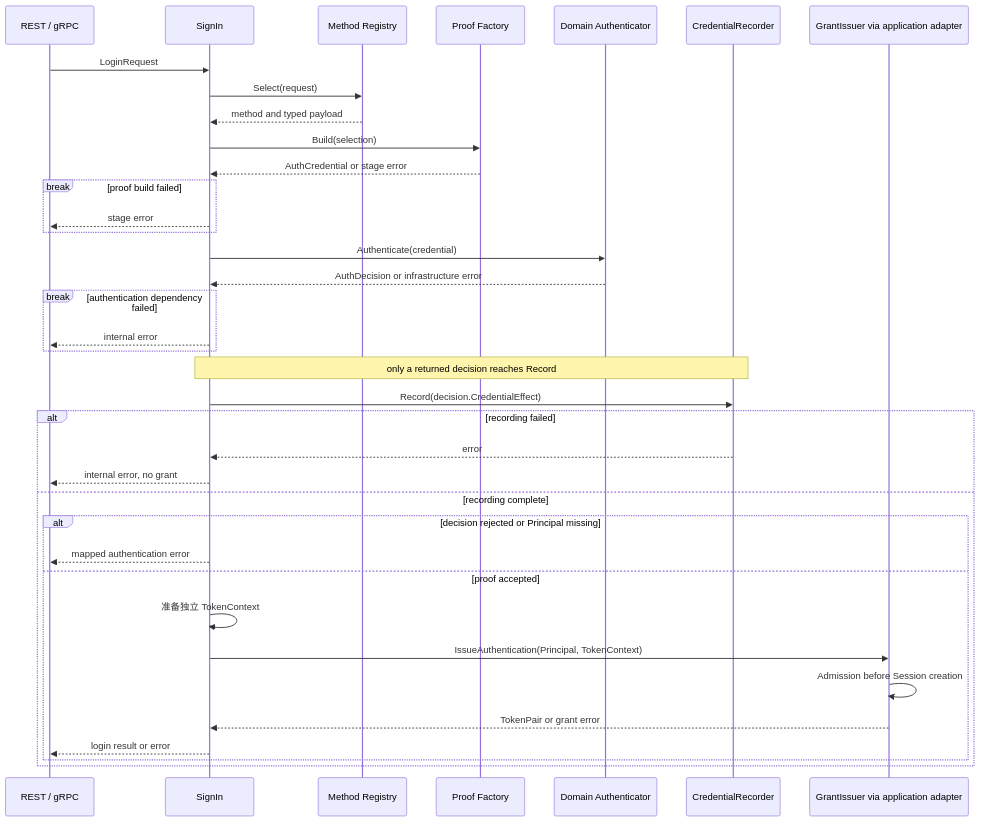
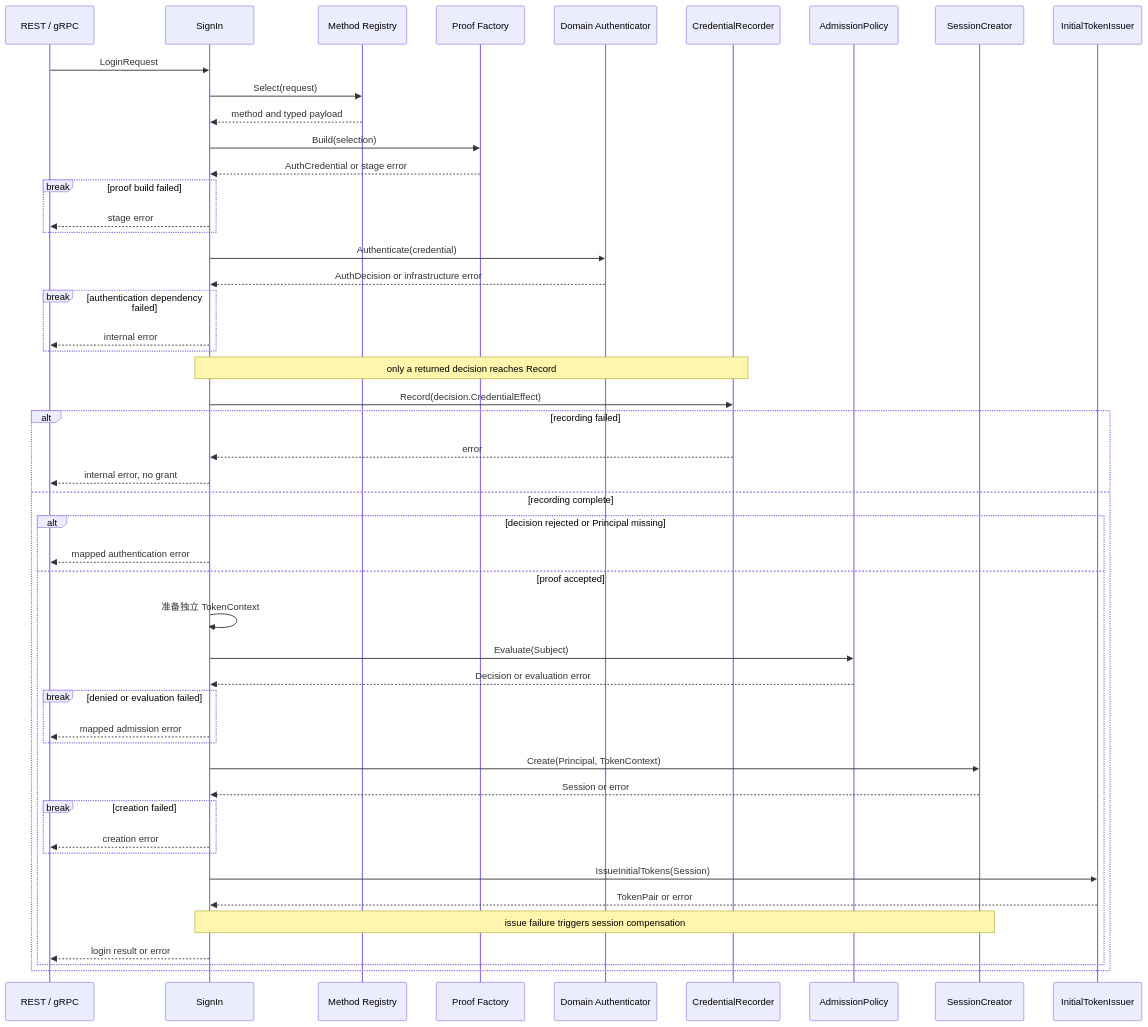
Before and after one commit to FangcunMount/iam-contracts: the first of 3 diagrams in docs/02-业务模块/02-AuthN/04-关键链路-Login登录认证.md, drawn with Mermaid. The commit also changed other lines of this file and 51 other files, not shown here.

````diff
--- a/docs/02-业务模块/02-AuthN/04-关键链路-Login登录认证.md
+++ b/docs/02-业务模块/02-AuthN/04-关键链路-Login登录认证.md
@@ -17,39 +17,51 @@
 ```mermaid
 sequenceDiagram
     participant T as REST / gRPC
     participant S as SignIn
     participant M as Method Registry
     participant F as Proof Factory
     participant A as Domain Authenticator
     participant R as CredentialRecorder
-    participant G as GrantIssuer via application adapter
+    participant AP as AdmissionPolicy
+    participant SC as SessionCreator
+    participant TI as InitialTokenIssuer
     T->>S: LoginRequest
     S->>M: Select(request)
     M-->>S: method and typed payload
     S->>F: Build(selection)
     F-->>S: AuthCredential or stage error
     break proof build failed
         S-->>T: stage error
     end
     S->>A: Authenticate(credential)
     A-->>S: AuthDecision or infrastructure error
     break authentication dependency failed
         S-->>T: internal error
     end
     Note over S,R: only a returned decision reaches Record
     S->>R: Record(decision.CredentialEffect)
     alt recording failed
         R-->>S: error
         S-->>T: internal error, no grant
     else recording complete
         alt decision rejected or Principal missing
             S-->>T: mapped authentication error
         else proof accepted
             S->>S: 准备独立 TokenContext
-            S->>G: IssueAuthentication(Principal, TokenContext)
-            G->>G: Admission before Session creation
-            G-->>S: TokenPair or grant error
+            S->>AP: Evaluate(Subject)
+            AP-->>S: Decision or evaluation error
+            break denied or evaluation failed
+                S-->>T: mapped admission error
+            end
+            S->>SC: Create(Principal, TokenContext)
+            SC-->>S: Session or error
+            break creation failed
+                S-->>T: creation error
+            end
+            S->>TI: IssueInitialTokens(Session)
+            TI-->>S: TokenPair or error
+            Note over S,SC: issue failure triggers session compensation
             S-->>T: login result or error
         end
     end
 ```
````
